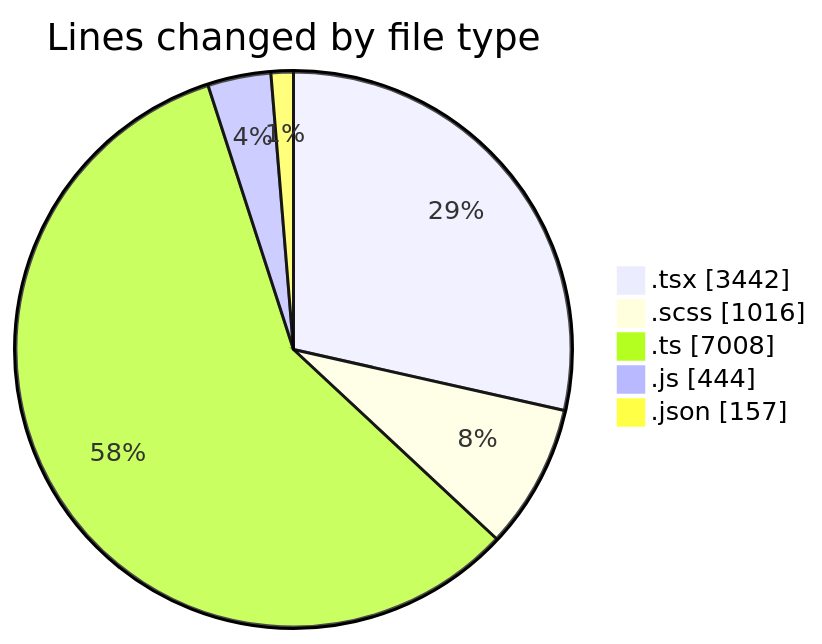
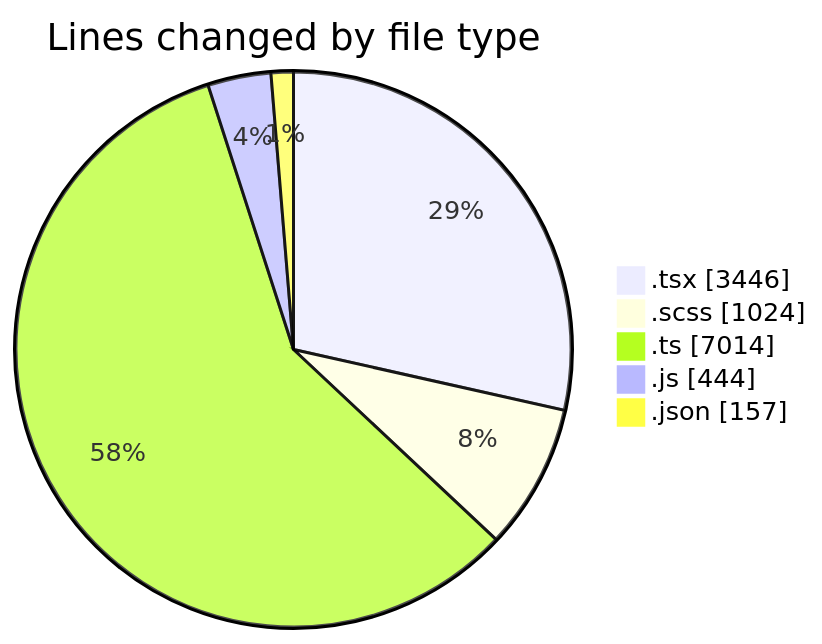
The first of 2 diagrams in 2026-04-23/cda/README.md (momahboobian/code-tracking), drawn with Mermaid before and after one commit. The commit also changed other lines of this file and 1 other file, not shown here.

````diff
--- a/2026-04-23/cda/README.md
+++ b/2026-04-23/cda/README.md
@@ -41,9 +41,9 @@
 ```mermaid
 pie showData
 title Lines changed by file type
-".tsx" : 3442
-".scss" : 1016
-".ts" : 7008
+".tsx" : 3446
+".scss" : 1024
+".ts" : 7014
 ".js" : 444
 ".json" : 157
 ```
````
